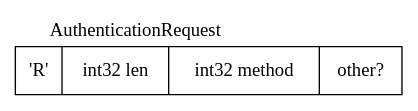
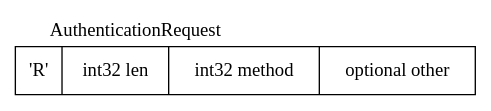
One commit to wulczer/postgres-on-the-wire changed the diagram in authentication-request.dot. Above: the diagram before and after it, drawn with Graphviz. The commit also changed 2 other files, not shown here.

```diff
--- a/authentication-request.dot
+++ b/authentication-request.dot
@@ -1,7 +1,7 @@
 graph AuthenticationRequest {
       label="AuthenticationRequest";
       labelloc=t;
       labeljust=l;
       node [shape=record];
-      struct1 [label="'R'|int32 len|int32 method|other?"];
+      struct1 [label="'R'|int32 len|int32 method|optional other"];
 }
```
